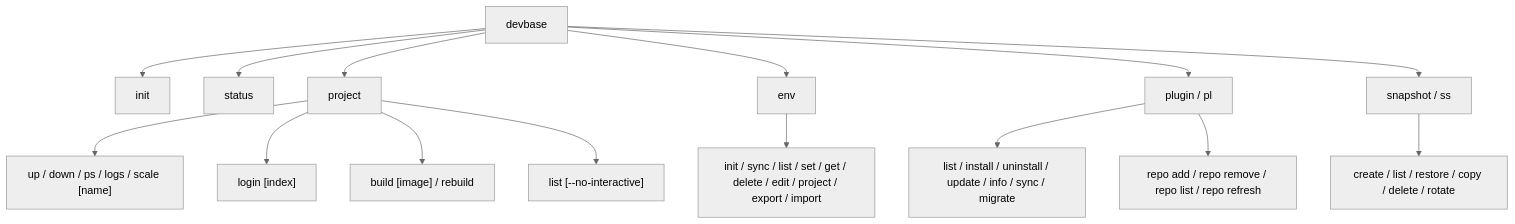
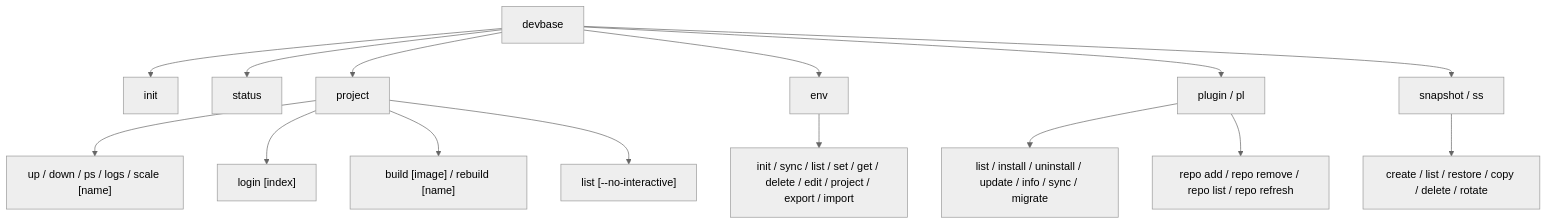
The diagram in docs/user/cli-reference.md (devbasex/devbase), drawn with Mermaid (neutral theme) before and after one commit. The commit also changed other lines of this file and 2 other files, not shown here.

First line of the commit message:
docs: cross-review #67 後始末 (rebuild ショートカット/SHORTCUTS整合/Enter操作/env export-import 補記)

````diff
--- a/docs/user/cli-reference.md
+++ b/docs/user/cli-reference.md
@@ -9,17 +9,17 @@
 ```mermaid
 graph TD
     A[devbase] --> B[init]
     A --> C[status]
     A --> D[project]
     A --> E[env]
     A --> F[plugin / pl]
     A --> G[snapshot / ss]
     D --> D1["up / down / ps / logs / scale [name]"]
     D --> D3["login [index]"]
-    D --> D4["build [image] / rebuild"]
+    D --> D4["build [image] / rebuild [name]"]
     D --> D2["list [--no-interactive]"]
     E --> E1[init / sync / list / set / get / delete / edit / project / export / import]
     F --> F1[list / install / uninstall / update / info / sync / migrate]
     F --> F2[repo add / repo remove / repo list / repo refresh]
     G --> G1[create / list / restore / copy / delete / rotate]
 ```
````
